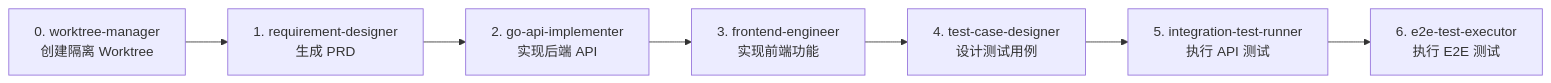
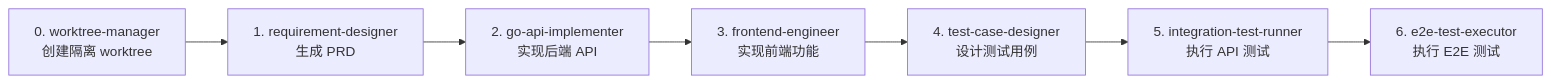
One commit to wangwei1237/wangwei1237.github.io_src changed the third of 4 diagrams in source/_posts/Git-Worktree-Based-on-Multiple-Repositories-for-Coding-Agent.md. Above: the diagram before and after it, drawn with Mermaid. The commit also changed other lines of this file, not shown here.

Commit message:
Polish multi-repository worktree article

````diff
--- a/source/_posts/Git-Worktree-Based-on-Multiple-Repositories-for-Coding-Agent.md
+++ b/source/_posts/Git-Worktree-Based-on-Multiple-Repositories-for-Coding-Agent.md
@@ -187,17 +195,17 @@
 ```mermaid
 flowchart LR
-    A0["0. worktree-manager<br/>创建隔离 Worktree"]
+    A0["0. worktree-manager<br/>创建隔离 worktree"]
     A1["1. requirement-designer<br/>生成 PRD"]
     A2["2. go-api-implementer<br/>实现后端 API"]
     A3["3. frontend-engineer<br/>实现前端功能"]
     A4["4. test-case-designer<br/>设计测试用例"]
     A5["5. integration-test-runner<br/>执行 API 测试"]
     A6["6. e2e-test-executor<br/>执行 E2E 测试"]
-  
+
     A0 --> A1
     A1 --> A2
     A2 --> A3
     A3 --> A4
     A4 --> A5
     A5 --> A6
 ```
````
